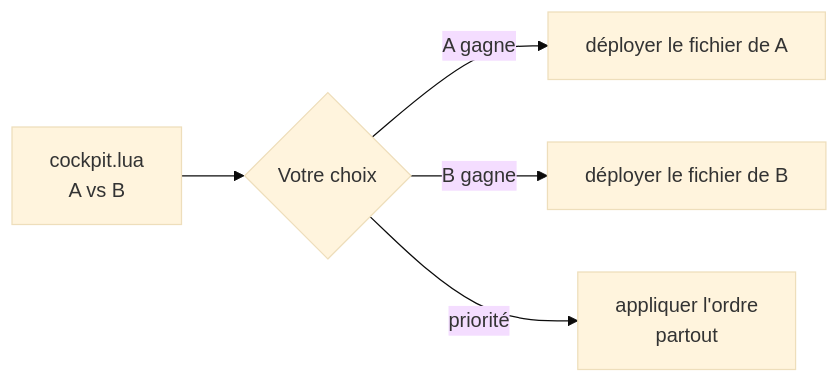
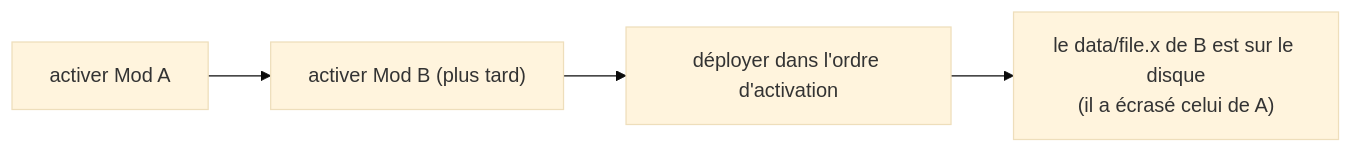
One commit to FreeProject089/BMM-Docs changed the second of 2 diagrams in docs/how-it-works/conflicts.fr.md. Above: the diagram before and after it, drawn with Mermaid (base theme). The commit also changed other lines of this file and 5 other files, not shown here.

````diff
--- a/docs/how-it-works/conflicts.fr.md
+++ b/docs/how-it-works/conflicts.fr.md
@@ -33,7 +34,6 @@
 ```mermaid
 flowchart LR
-    CONF["cockpit.lua<br/>A vs B"] --> CHOICE{Votre choix}
-    CHOICE -- "A gagne" --> DEP["déployer le fichier de A"]
-    CHOICE -- "B gagne" --> DEP2["déployer le fichier de B"]
-    CHOICE -- "priorité" --> RULE["appliquer l'ordre<br/>partout"]
+    E1["activer Mod A"] --> E2["activer Mod B (plus tard)"]
+    E2 --> DEPLOY["déployer dans l'ordre d'activation"]
+    DEPLOY --> WIN["le data/file.x de B est sur le disque<br/>(il a écrasé celui de A)"]
 ```
````
